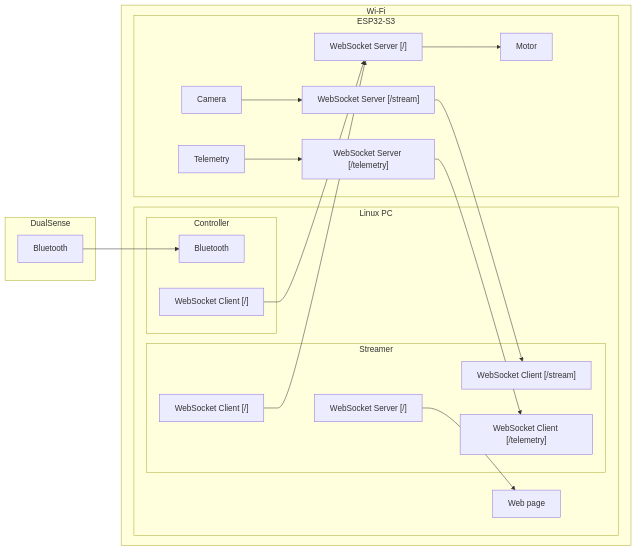
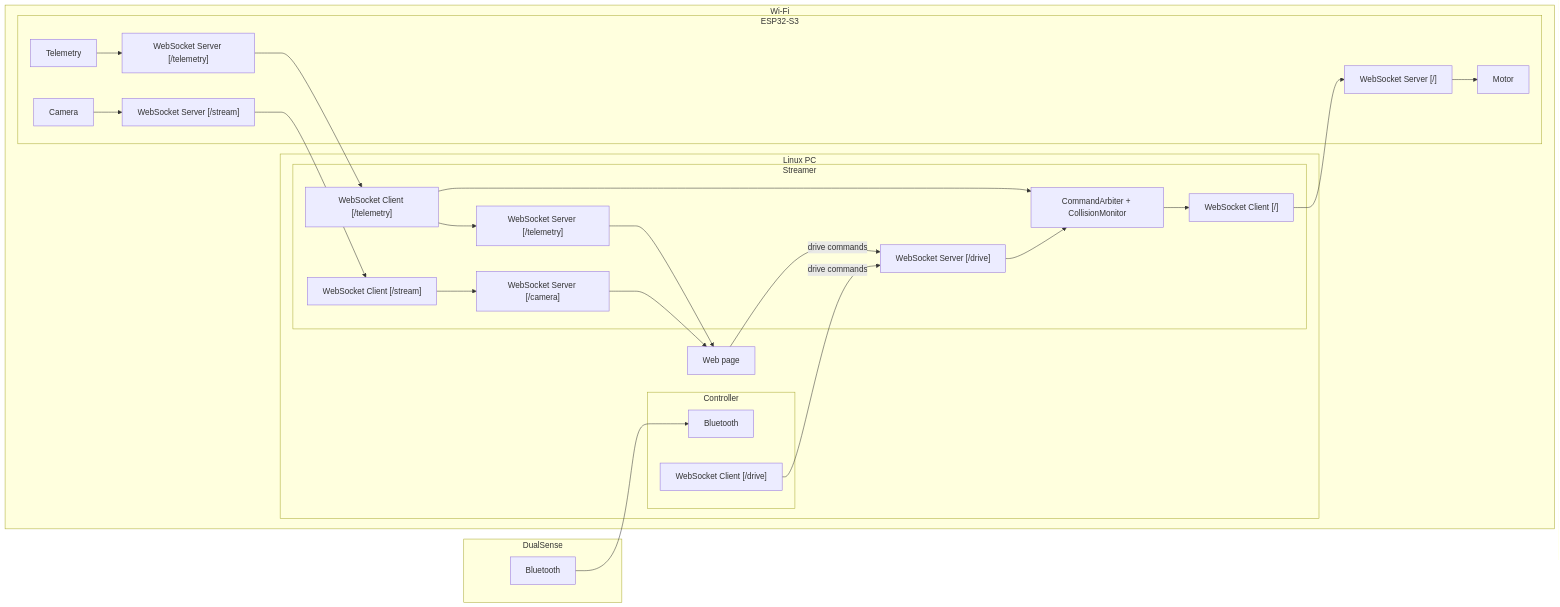
The diagram in docs/variants/copper.md (ltowarek/dust-mite), drawn with Mermaid before and after one commit. The commit also changed other lines of this file and 47 other files, not shown here.

````diff
--- a/docs/variants/copper.md
+++ b/docs/variants/copper.md
@@ -140,41 +147,51 @@
 ```mermaid
 graph LR
     subgraph DualSense
         DS_BT[Bluetooth]
     end
 
     subgraph WiFi[Wi-Fi]
         subgraph Linux_PC[Linux PC]
             subgraph Controller
                 PC_BT[Bluetooth]
-                PC_CTRL_WS["WebSocket Client [/]"]
+                PC_CTRL_WS["WebSocket Client [/drive]"]
             end
             subgraph Streamer
-                PC_STR_WS_CTRL["WebSocket Client [/]"]
                 PC_STR_WS_STREAM["WebSocket Client [/stream]"]
                 PC_STR_WS_TEL["WebSocket Client [/telemetry]"]
-                PC_STR_WS_WEB["WebSocket Server [/]"]
+                PC_STR_WS_CTRL["WebSocket Client [/]"]
+                PC_STR_MUX["CommandArbiter + CollisionMonitor"]
+                PC_STR_WS_CAMERA["WebSocket Server [/camera]"]
+                PC_STR_WS_TEL_OUT["WebSocket Server [/telemetry]"]
+                PC_STR_WS_DRIVE["WebSocket Server [/drive]"]
             end
             PC_WEB[Web page]
         end
 
         subgraph ESP32S3[ESP32-S3]
             ESP_MOTOR[Motor]
             ESP_TEL[Telemetry]
             ESP_CAM[Camera]
             ESP_WS_CTRL["WebSocket Server [/]"]
             ESP_WS_STREAM["WebSocket Server [/stream]"]
             ESP_WS_TEL["WebSocket Server [/telemetry]"]
         end
     end
 
     DS_BT --> PC_BT
-    PC_STR_WS_WEB --> PC_WEB
-    PC_CTRL_WS --> ESP_WS_CTRL
+    PC_CTRL_WS -- "drive commands" --> PC_STR_WS_DRIVE
+    PC_WEB -- "drive commands" --> PC_STR_WS_DRIVE
+    PC_STR_WS_CAMERA --> PC_WEB
+    PC_STR_WS_TEL_OUT --> PC_WEB
     ESP_WS_STREAM --> PC_STR_WS_STREAM
+    PC_STR_WS_STREAM --> PC_STR_WS_CAMERA
     ESP_WS_TEL --> PC_STR_WS_TEL
+    PC_STR_WS_TEL --> PC_STR_WS_TEL_OUT
+    PC_STR_WS_TEL --> PC_STR_MUX
+    PC_STR_WS_DRIVE --> PC_STR_MUX
+    PC_STR_MUX --> PC_STR_WS_CTRL
     PC_STR_WS_CTRL --> ESP_WS_CTRL
     ESP_WS_CTRL --> ESP_MOTOR
     ESP_TEL --> ESP_WS_TEL
     ESP_CAM --> ESP_WS_STREAM
 ```
````
